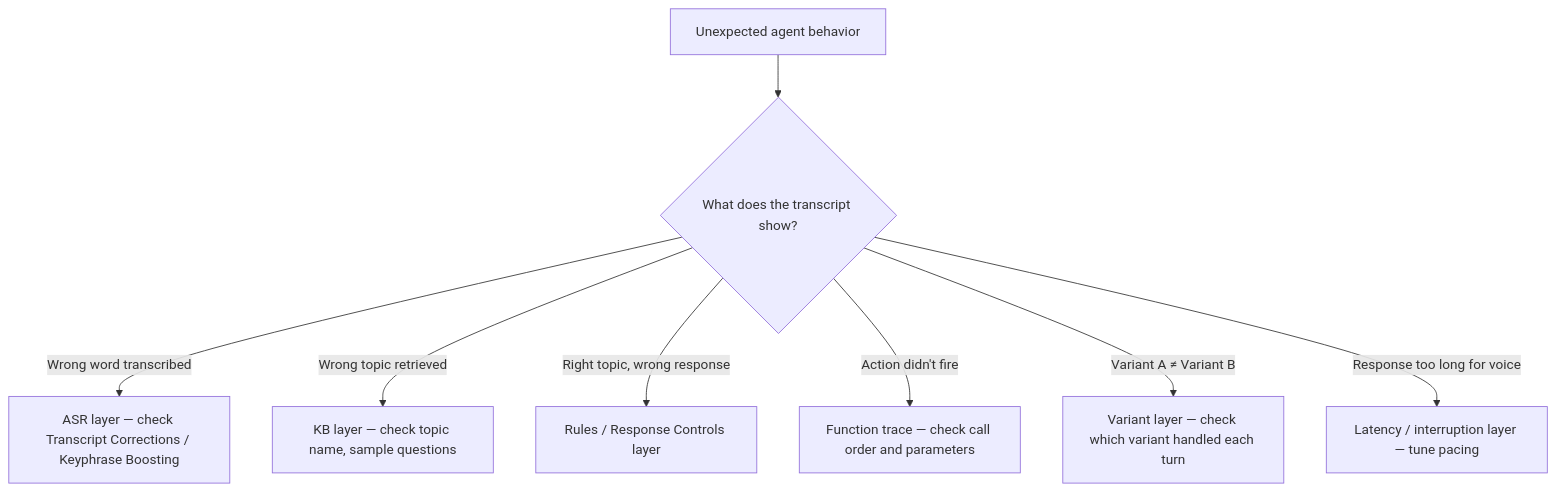
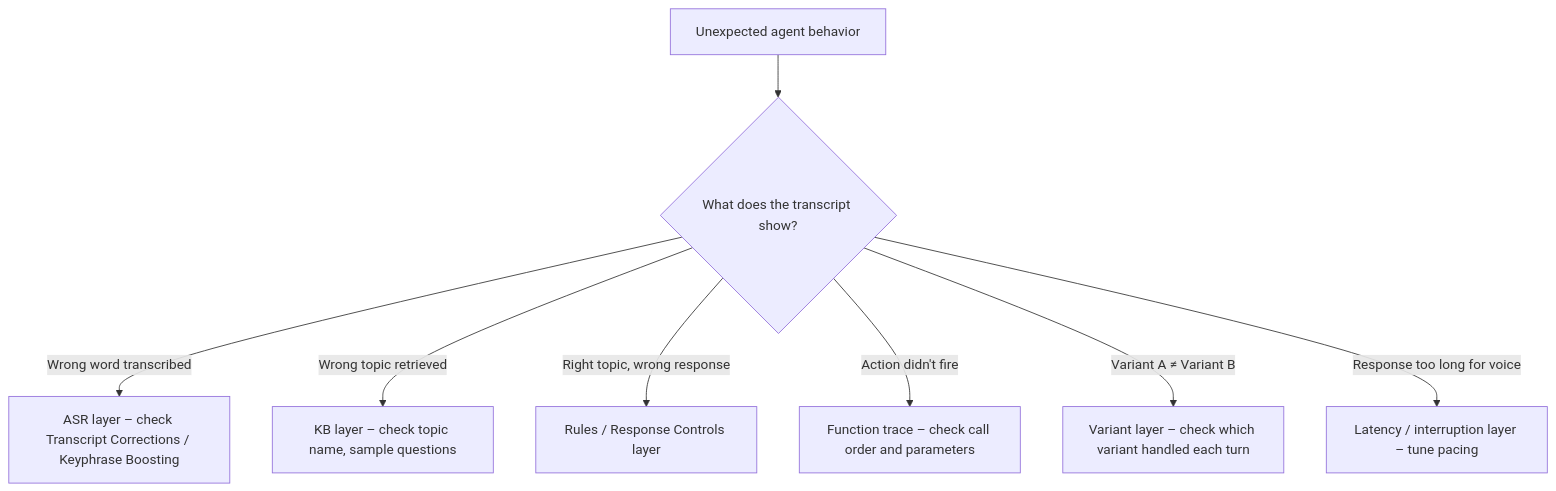
One commit to PolyAI-LDN/polyai-mintlify-doc changed the diagram in learn/guides/advanced/conv-review.mdx. Above: the diagram before and after it, drawn with Mermaid. The commit also changed other lines of this file and 175 other files, not shown here.

````diff
--- a/learn/guides/advanced/conv-review.mdx
+++ b/learn/guides/advanced/conv-review.mdx
@@ -32,10 +32,10 @@
 ```mermaid
 flowchart TD
     A[Unexpected agent behavior] --> B{What does the transcript show?}
-    B -->|Wrong word transcribed| C[ASR layer — check Transcript Corrections / Keyphrase Boosting]
-    B -->|Wrong topic retrieved| D[KB layer — check topic name, sample questions]
+    B -->|Wrong word transcribed| C[ASR layer – check Transcript Corrections / Keyphrase Boosting]
+    B -->|Wrong topic retrieved| D[KB layer – check topic name, sample questions]
     B -->|Right topic, wrong response| E[Rules / Response Controls layer]
-    B -->|Action didn't fire| F[Function trace — check call order and parameters]
-    B -->|Variant A ≠ Variant B| G[Variant layer — check which variant handled each turn]
-    B -->|Response too long for voice| H[Latency / interruption layer — tune pacing]
+    B -->|Action didn't fire| F[Function trace – check call order and parameters]
+    B -->|Variant A ≠ Variant B| G[Variant layer – check which variant handled each turn]
+    B -->|Response too long for voice| H[Latency / interruption layer – tune pacing]
 ```
````
